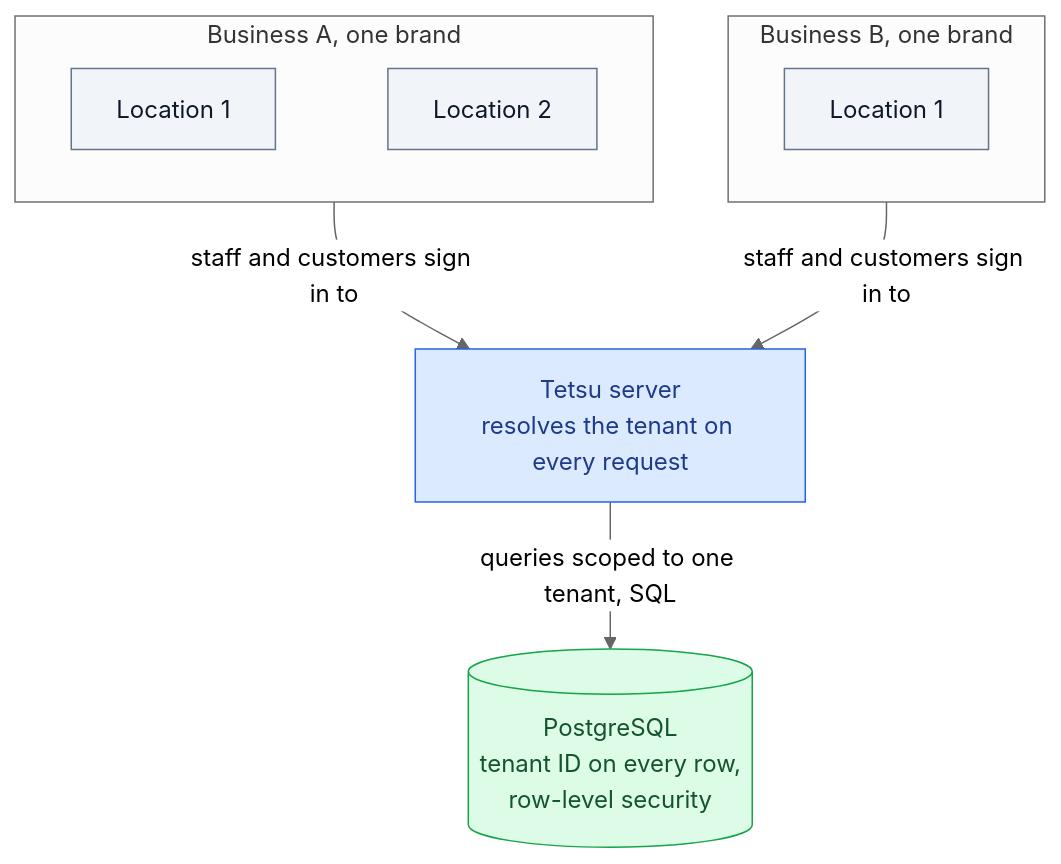
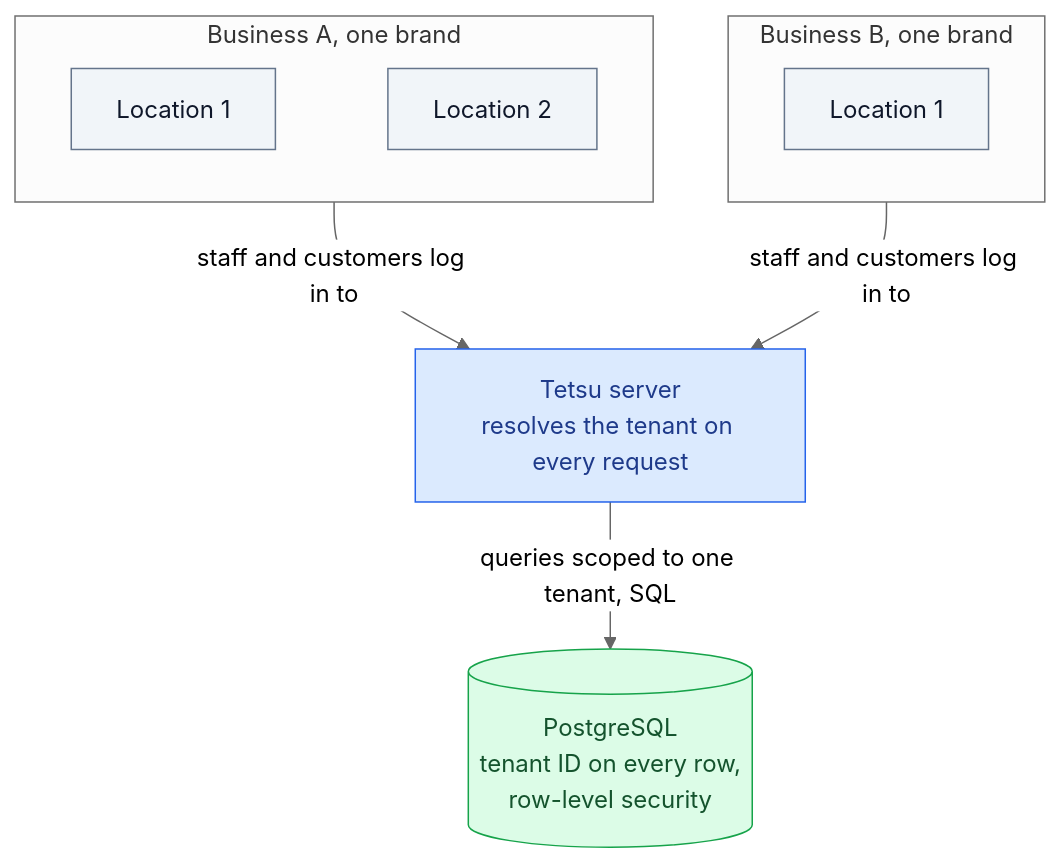
The fifth of 7 diagrams in ARCHITECTURE.md (heavymedl-labs/tetsu), drawn with Mermaid (neutral theme) before and after one commit. The commit also changed other lines of this file and 127 other files, not shown here.

````diff
--- a/ARCHITECTURE.md
+++ b/ARCHITECTURE.md
@@ -228,27 +228,27 @@
 ```mermaid
 flowchart TB
     accTitle: Tenancy
     accDescr: Business A, a brand with two locations, and Business B, a brand with one location, both use the same Tetsu server. The server resolves the tenant on every request and scopes every query to it. PostgreSQL keeps shared tables with a tenant ID on every row, enforced by row-level security, so no tenant sees another's data.
 
     subgraph a[Business A, one brand]
         a1[Location 1] ~~~ a2[Location 2]
     end
 
     subgraph b[Business B, one brand]
         b1[Location 1]
     end
 
     server["Tetsu server<br/>resolves the tenant on every request"]
     db[("PostgreSQL<br/>tenant ID on every row,<br/>row-level security")]
 
-    a -- staff and customers sign in to --> server
-    b -- staff and customers sign in to --> server
+    a -- staff and customers log in to --> server
+    b -- staff and customers log in to --> server
     server -- queries scoped to one tenant, SQL --> db
 
     classDef actor fill:#f1f5f9,stroke:#64748b,color:#0f172a
     classDef ours fill:#dbeafe,stroke:#2563eb,color:#1e3a8a
     classDef store fill:#dcfce7,stroke:#16a34a,color:#14532d
     class a1,a2,b1 actor
     class server ours
     class db store
 ```
````
